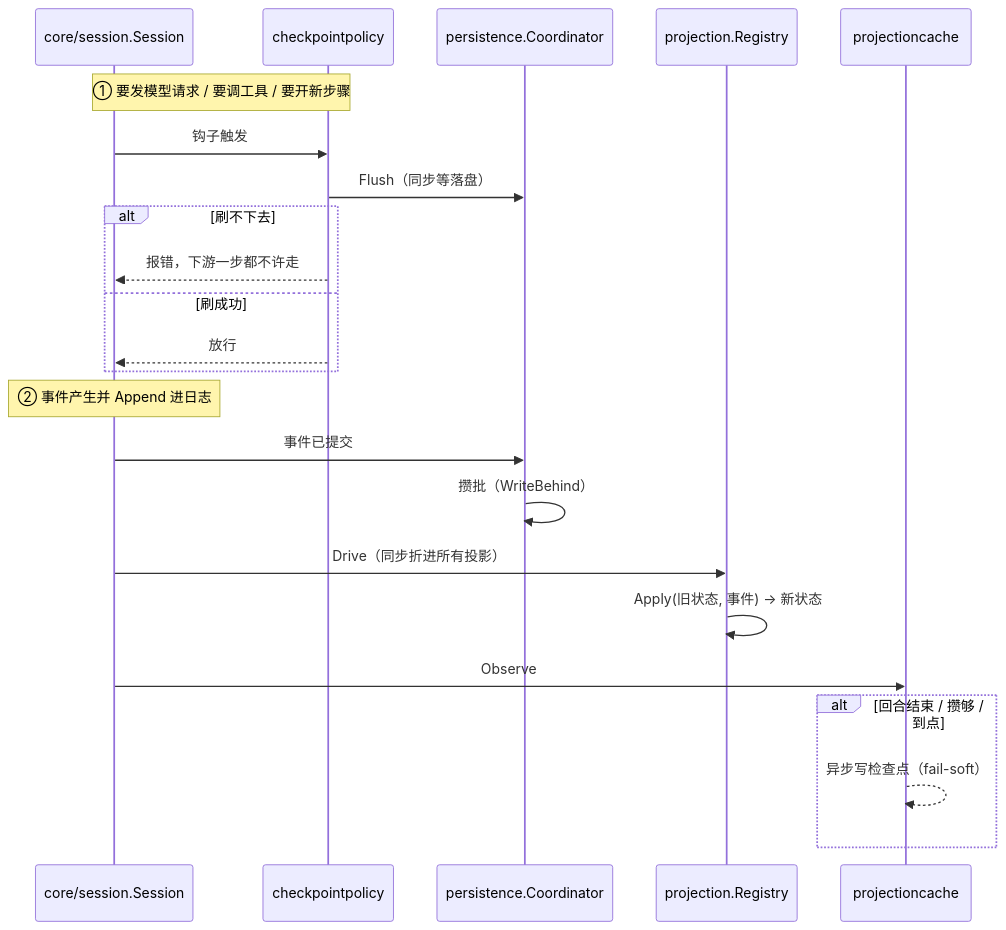
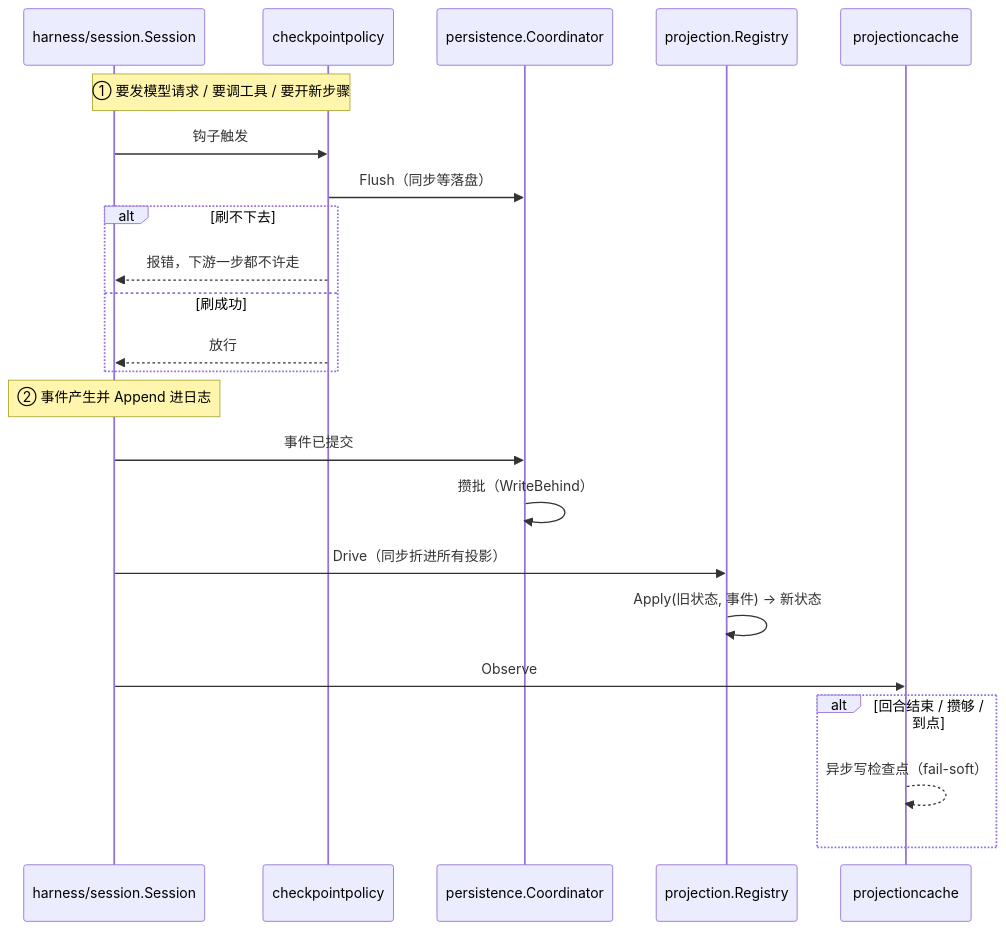
One commit to snight1983/ds-harness-go changed the second of 13 diagrams in docs/modules/session-tree.md. Above: the diagram before and after it, drawn with Mermaid. The commit also changed other lines of this file and 1281 other files, not shown here.

````diff
--- a/docs/modules/session-tree.md
+++ b/docs/modules/session-tree.md
@@ -140,27 +140,27 @@
 ```mermaid
 sequenceDiagram
-    participant L as core/session.Session
+    participant L as harness/session.Session
     participant P as checkpointpolicy
     participant C as persistence.Coordinator
     participant R as projection.Registry
     participant K as projectioncache
 
     Note over L,P: ① 要发模型请求 / 要调工具 / 要开新步骤
     L->>P: 钩子触发
     P->>C: Flush（同步等落盘）
     alt 刷不下去
         P-->>L: 报错，下游一步都不许走
     else 刷成功
         P-->>L: 放行
     end
 
     Note over L: ② 事件产生并 Append 进日志
     L->>C: 事件已提交
     C->>C: 攒批（WriteBehind）
     L->>R: Drive（同步折进所有投影）
     R->>R: Apply(旧状态, 事件) → 新状态
     L->>K: Observe
     alt 回合结束 / 攒够 / 到点
         K-->>K: 异步写检查点（fail-soft）
     end
 ```
````
